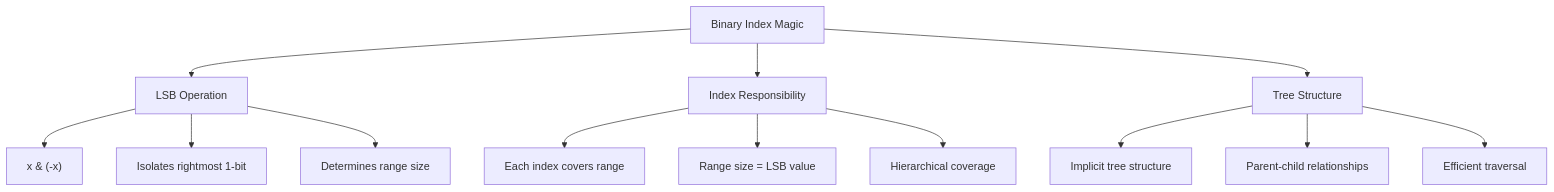
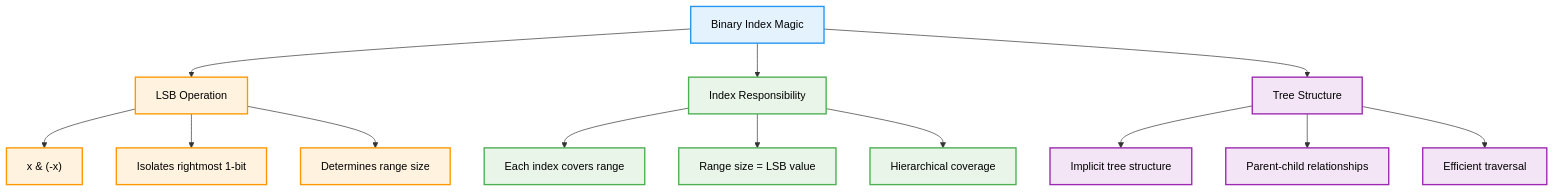
One commit to AbhishekGiri04/Algorithmics-Foundations changed the third of 7 diagrams in concepts/fenwick-tree.md. Above: the diagram before and after it, drawn with Mermaid. The commit also changed other lines of this file, not shown here.

````diff
--- a/concepts/fenwick-tree.md
+++ b/concepts/fenwick-tree.md
@@ -93,18 +115,28 @@
 ```mermaid
 flowchart TD
     A["Binary Index Magic"] --> B["LSB Operation"]
     A --> C["Index Responsibility"]
     A --> D["Tree Structure"]
     
     B --> E["x & (-x)"]
     B --> F["Isolates rightmost 1-bit"]
     B --> G["Determines range size"]
     
     C --> H["Each index covers range"]
     C --> I["Range size = LSB value"]
     C --> J["Hierarchical coverage"]
     
     D --> K["Implicit tree structure"]
     D --> L["Parent-child relationships"]
     D --> M["Efficient traversal"]
+    
+    classDef default fill:#f9f9f9,stroke:#333,stroke-width:2px,color:#000
+    classDef concept fill:#e3f2fd,stroke:#2196f3,stroke-width:2px,color:#000
+    classDef lsb fill:#fff3e0,stroke:#ff9800,stroke-width:2px,color:#000
+    classDef responsibility fill:#e8f5e8,stroke:#4caf50,stroke-width:2px,color:#000
+    classDef structure fill:#f3e5f5,stroke:#9c27b0,stroke-width:2px,color:#000
+    class A concept
+    class B,E,F,G lsb
+    class C,H,I,J responsibility
+    class D,K,L,M structure
 ```
````
